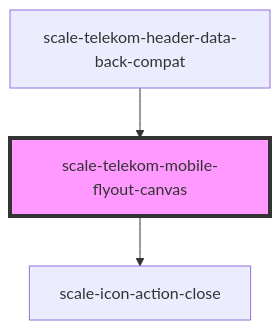
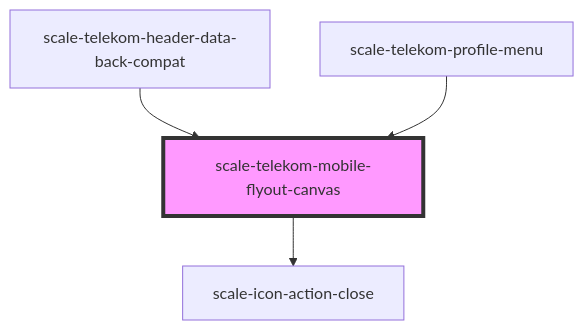
One commit to telekom/scale changed the diagram in packages/components/src/components/telekom/telekom-mobile-flyout-canvas/readme.md. Above: the diagram before and after it, drawn with Mermaid. The commit also changed other lines of this file and 27 other files, not shown here.

Commit message:
fix(telekom-profile-menu): stories and flyout menu fixes (#2273)

````diff
--- a/packages/components/src/components/telekom/telekom-mobile-flyout-canvas/readme.md
+++ b/packages/components/src/components/telekom/telekom-mobile-flyout-canvas/readme.md
@@ -49,6 +50,7 @@
 ```mermaid
 graph TD;
   scale-telekom-mobile-flyout-canvas --> scale-icon-action-close
   scale-telekom-header-data-back-compat --> scale-telekom-mobile-flyout-canvas
+  scale-telekom-profile-menu --> scale-telekom-mobile-flyout-canvas
   style scale-telekom-mobile-flyout-canvas fill:#f9f,stroke:#333,stroke-width:4px
 ```
````
